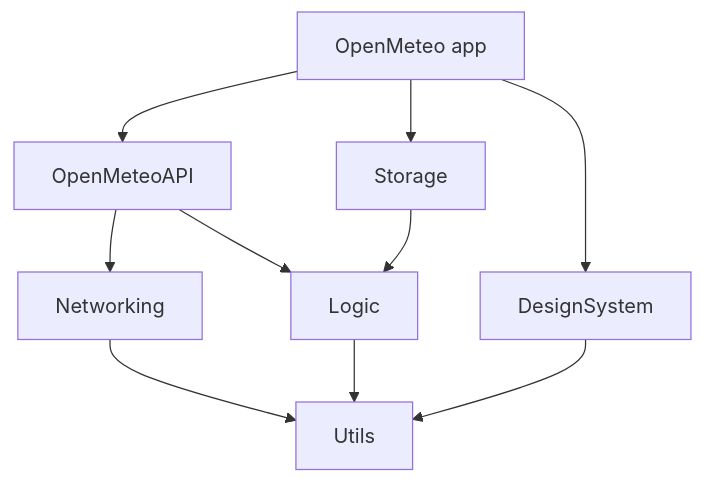
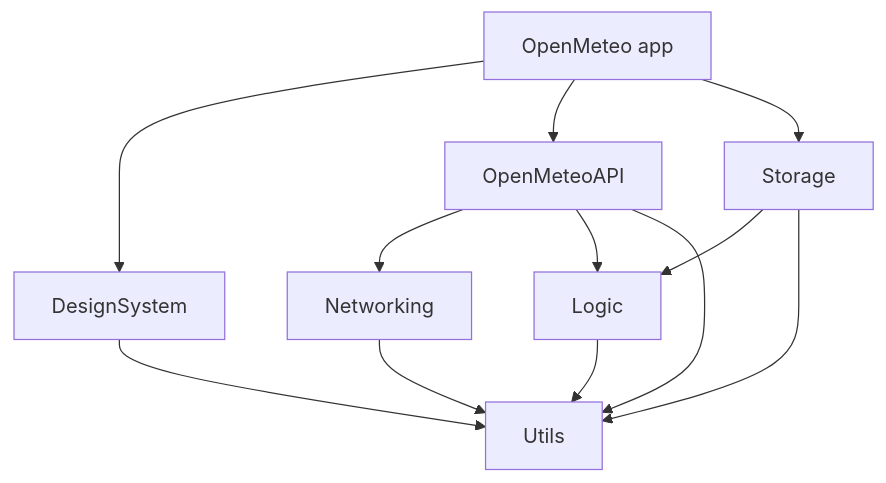
One commit to kamilmisiag-co/OpenMeteo changed the diagram in README.md. Above: the diagram before and after it, drawn with Mermaid. The commit also changed other lines of this file, not shown here.

````diff
--- a/README.md
+++ b/README.md
@@ -9,12 +9,14 @@
 ```mermaid
 flowchart TD
     App[OpenMeteo app] --> DesignSystem
     App --> OpenMeteoAPI
     App --> Storage
     OpenMeteoAPI --> Networking
     OpenMeteoAPI --> Logic
+    OpenMeteoAPI --> Utils
     Storage --> Logic
+    Storage --> Utils
     Networking --> Utils
     Logic --> Utils
     DesignSystem --> Utils
 ```
````
